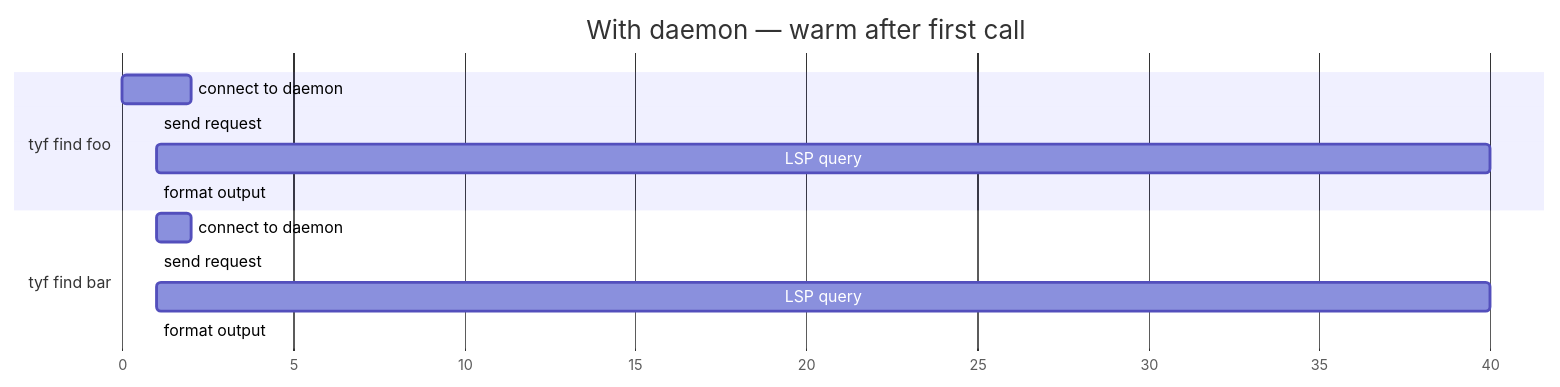
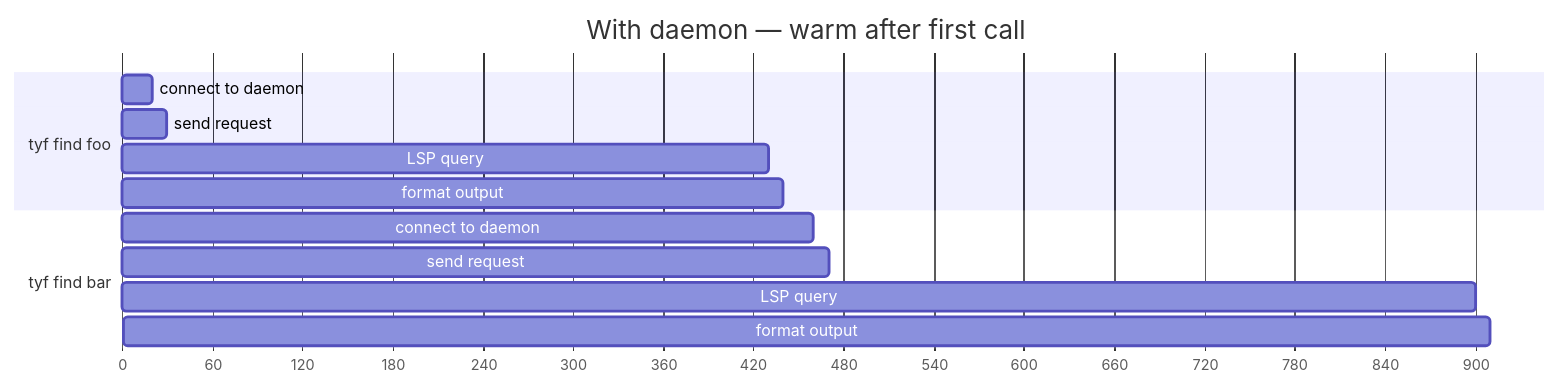
The fourth of 12 diagrams in docs/src/how-it-works.md (mojzis/ty-find), drawn with Mermaid before and after one commit. The commit also changed other lines of this file and 7 other files, not shown here.

First line of the commit message:
Add mermaid linting and fix broken diagrams

````diff
--- a/docs/src/how-it-works.md
+++ b/docs/src/how-it-works.md
@@ -102,18 +102,18 @@
 ```mermaid
 gantt
     title With daemon — warm after first call
     dateFormat X
     axisFormat %s
 
     section tyf find foo
-    connect to daemon :a1, 0, 2
-    send request      :a2, after a1, 1
-    LSP query         :a3, after a2, 40
-    format output     :a4, after a3, 1
+    connect to daemon :a1, 0, 20
+    send request      :a2, 20, 30
+    LSP query         :a3, 30, 430
+    format output     :a4, 430, 440
 
     section tyf find bar
-    connect to daemon :b1, after a4, 2
-    send request      :b2, after b1, 1
-    LSP query         :b3, after b2, 40
-    format output     :b4, after b3, 1
+    connect to daemon :b1, 440, 460
+    send request      :b2, 460, 470
+    LSP query         :b3, 470, 900
+    format output     :b4, 900, 910
 ```
````
